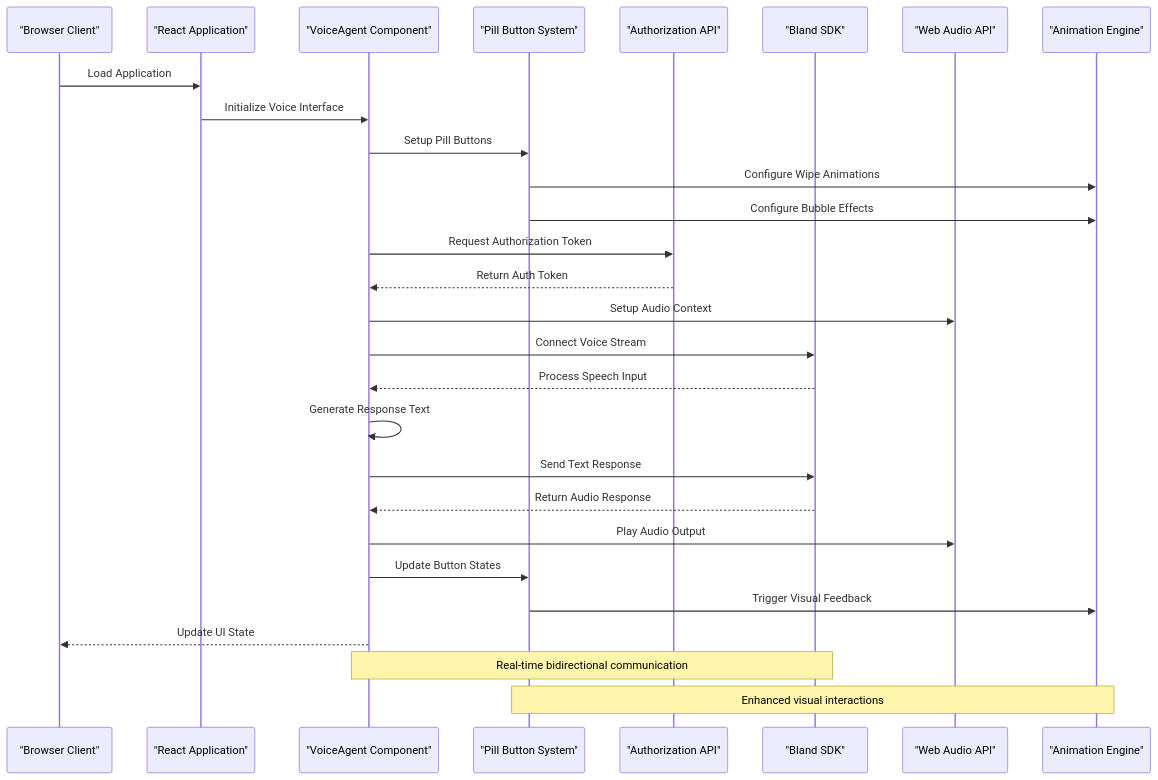
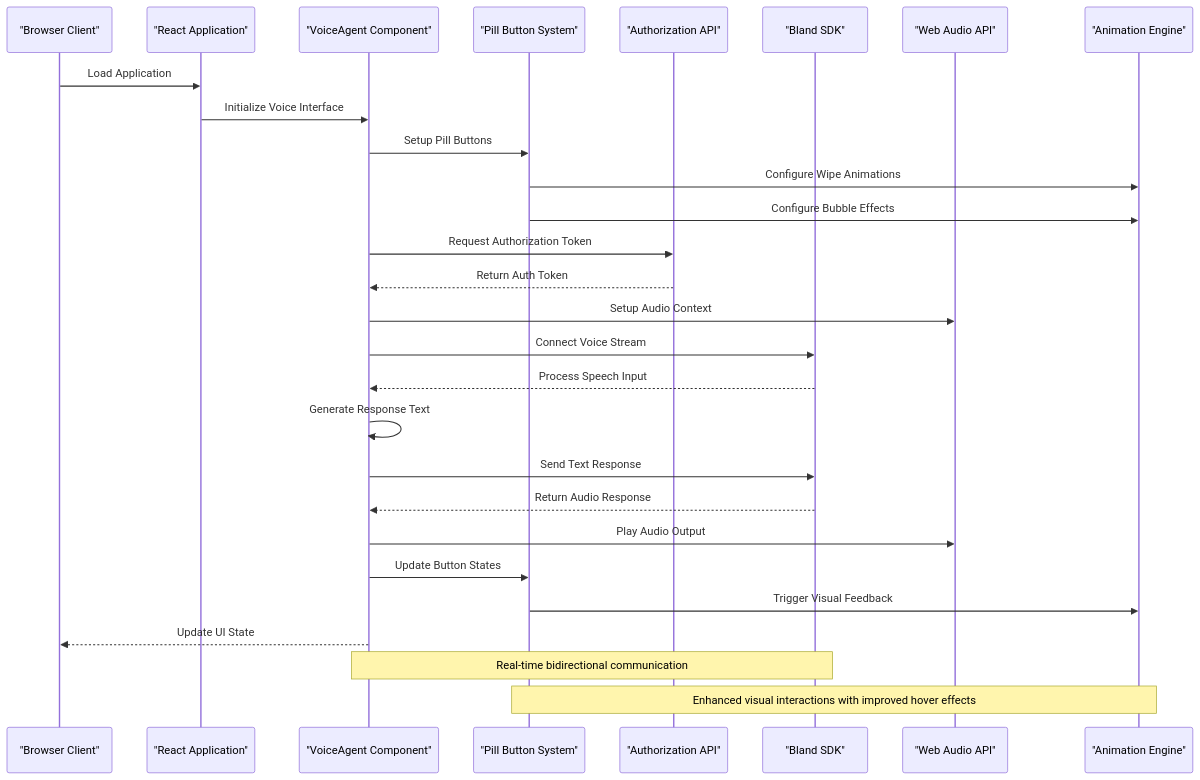
The second of 7 diagrams in .qoder/repowiki/en/content/Component Architecture/Core Components/Voice AI Agent Demo.md (Theja4/podiummomentum), drawn with Mermaid before and after one commit. The commit also changed other lines of this file and 24 other files, not shown here.

````diff
--- a/.qoder/repowiki/en/content/Component Architecture/Core Components/Voice AI Agent Demo.md
+++ b/.qoder/repowiki/en/content/Component Architecture/Core Components/Voice AI Agent Demo.md
@@ -132,30 +130,30 @@
 ```mermaid
 sequenceDiagram
 participant Browser as "Browser Client"
 participant ReactApp as "React Application"
 participant VoiceAgent as "VoiceAgent Component"
 participant ButtonSystem as "Pill Button System"
 participant AuthAPI as "Authorization API"
 participant BlandSDK as "Bland SDK"
 participant WebAudio as "Web Audio API"
 participant AnimationEngine as "Animation Engine"
 Browser->>ReactApp : Load Application
 ReactApp->>VoiceAgent : Initialize Voice Interface
 VoiceAgent->>ButtonSystem : Setup Pill Buttons
 ButtonSystem->>AnimationEngine : Configure Wipe Animations
 ButtonSystem->>AnimationEngine : Configure Bubble Effects
 VoiceAgent->>AuthAPI : Request Authorization Token
 AuthAPI-->>VoiceAgent : Return Auth Token
 VoiceAgent->>WebAudio : Setup Audio Context
 VoiceAgent->>BlandSDK : Connect Voice Stream
 BlandSDK-->>VoiceAgent : Process Speech Input
 VoiceAgent->>VoiceAgent : Generate Response Text
 VoiceAgent->>BlandSDK : Send Text Response
 BlandSDK-->>VoiceAgent : Return Audio Response
 VoiceAgent->>WebAudio : Play Audio Output
 VoiceAgent->>ButtonSystem : Update Button States
 ButtonSystem->>AnimationEngine : Trigger Visual Feedback
 VoiceAgent-->>Browser : Update UI State
 Note over VoiceAgent,BlandSDK : Real-time bidirectional communication
-Note over ButtonSystem,AnimationEngine : Enhanced visual interactions
+Note over ButtonSystem,AnimationEngine : Enhanced visual interactions with improved hover effects
 ```
````
